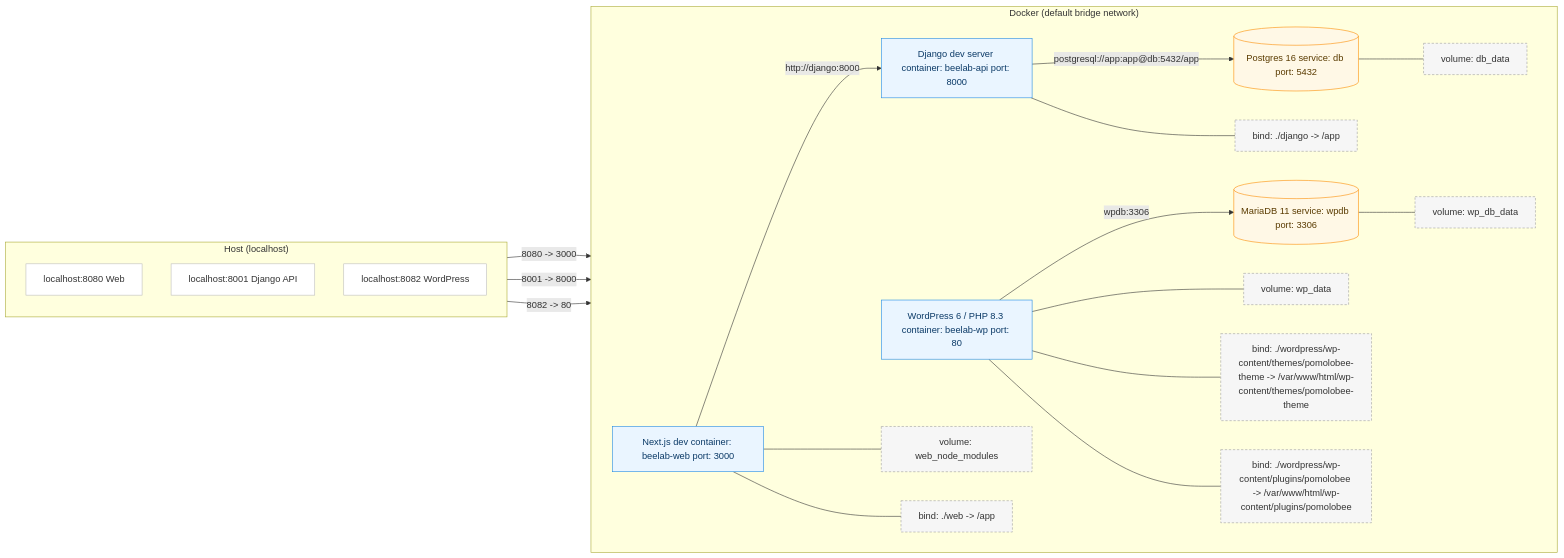
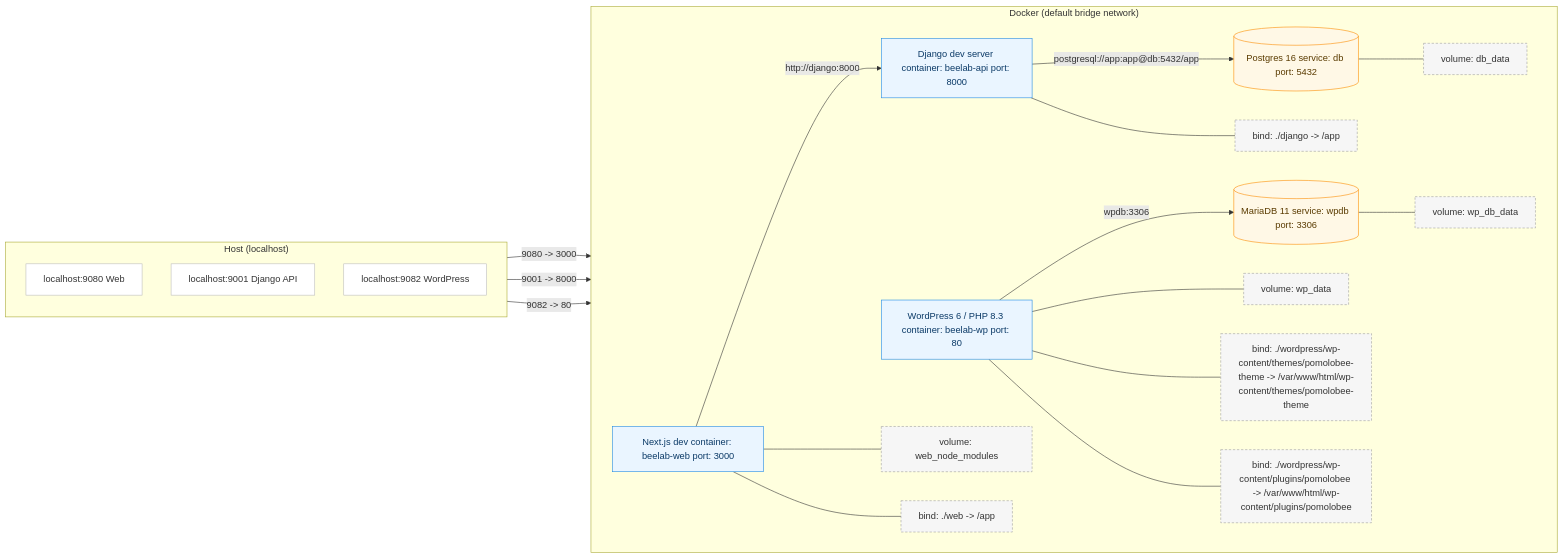
Before and after one commit to nathabee/beelab: the diagram in README.md, drawn with Mermaid. The commit also changed other lines of this file and 28 other files, not shown here.

````diff
--- a/README.md
+++ b/README.md
@@ -34,42 +34,42 @@
 ```mermaid
 flowchart LR
   classDef svc fill:#eaf5ff,stroke:#1e88e5,color:#0b3a67;
   classDef db  fill:#fff8e6,stroke:#fb8c00,color:#5a3b00;
   classDef vol fill:#f6f6f6,stroke:#9e9e9e,stroke-dasharray:4 3,color:#333;
   classDef host fill:#ffffff,stroke:#bdbdbd,color:#333;
 
   subgraph Host["Host (localhost)"]
     direction TB
-    H8080["localhost:8080 Web"]:::host
-    H8001["localhost:8001 Django API"]:::host
-    H8082["localhost:8082 WordPress"]:::host
+    H9080["localhost:9080 Web"]:::host
+    H9001["localhost:9001 Django API"]:::host
+    H9082["localhost:9082 WordPress"]:::host
   end
 
   subgraph Docker["Docker (default bridge network)"]
     direction LR
 
     Web["Next.js dev container: beelab-web port: 3000"]:::svc
     Django["Django dev server container: beelab-api port: 8000"]:::svc
     PG[("Postgres 16 service: db port: 5432")]:::db
     WP["WordPress 6 / PHP 8.3 container: beelab-wp port: 80"]:::svc
     WPDB[("MariaDB 11 service: wpdb port: 3306")]:::db
 
     Web -- "http://django:8000" --> Django
     Django -- "postgresql://app:app@db:5432/app" --> PG
     WP -- "wpdb:3306" --> WPDB
 
     Web --- VNM["volume: web_node_modules"]:::vol
     PG  --- VPG["volume: db_data"]:::vol
     WP  --- VWP["volume: wp_data"]:::vol
     WPDB --- VWPD["volume: wp_db_data"]:::vol
 
     Web --- BWEB["bind: ./web -> /app"]:::vol
     Django --- BDJ["bind: ./django -> /app"]:::vol
     WP --- BTH["bind: ./wordpress/wp-content/themes/pomolobee-theme -> /var/www/html/wp-content/themes/pomolobee-theme"]:::vol
     WP --- BPL["bind: ./wordpress/wp-content/plugins/pomolobee -> /var/www/html/wp-content/plugins/pomolobee"]:::vol
   end
 
-  H8080 -->|"8080 -> 3000"| Web
-  H8001 -->|"8001 -> 8000"| Django
-  H8082 -->|"8082 -> 80"| WP
+  H9080 -->|"9080 -> 3000"| Web
+  H9001 -->|"9001 -> 8000"| Django
+  H9082 -->|"9082 -> 80"| WP
 ```
````
